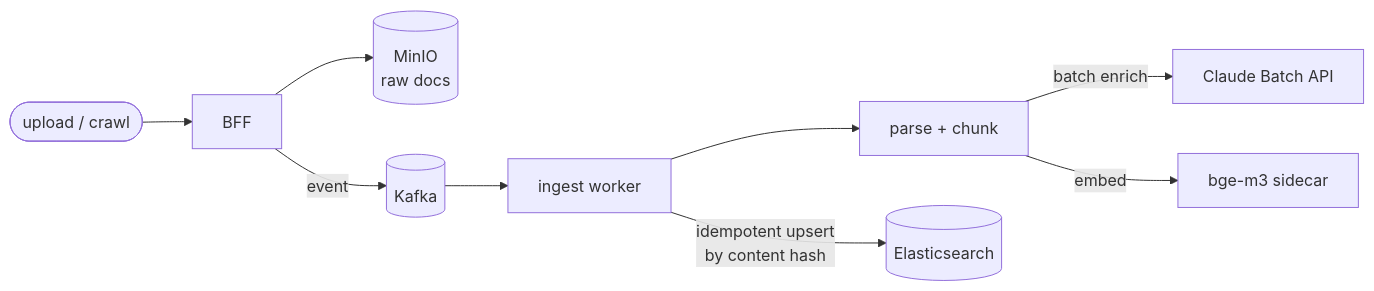
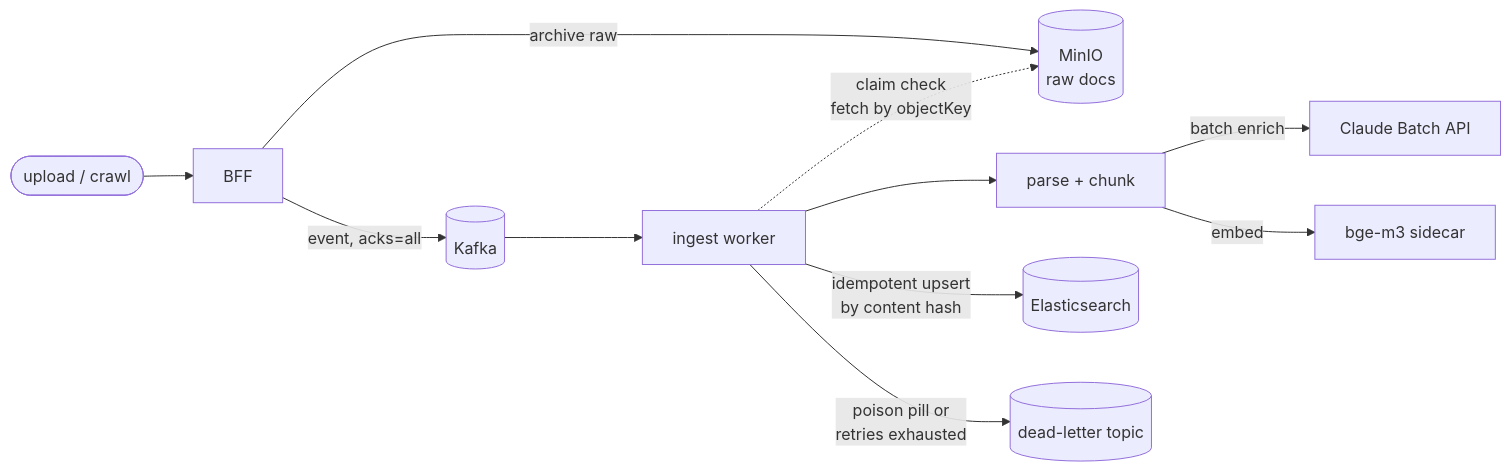
One commit to jinwovo/recall changed the second of 2 diagrams in docs/ARCHITECTURE.md. Above: the diagram before and after it, drawn with Mermaid. The commit also changed other lines of this file and 18 other files, not shown here.

First line of the commit message:
feat(ingestion): reliability — retry/backoff + DLQ + MinIO claim-check archive (ADR-0005)

````diff
--- a/docs/ARCHITECTURE.md
+++ b/docs/ARCHITECTURE.md
@@ -46,11 +46,13 @@
 ```mermaid
 flowchart LR
     U([upload / crawl]) --> BFF[BFF]
-    BFF --> MINIO[(MinIO<br/>raw docs)]
-    BFF -->|event| K[(Kafka)]
+    BFF -->|archive raw| MINIO[(MinIO<br/>raw docs)]
+    BFF -->|event, acks=all| K[(Kafka)]
     K --> W[ingest worker]
+    W -.claim check<br/>fetch by objectKey.-> MINIO
     W --> C[parse + chunk]
     C -->|batch enrich| B[Claude Batch API]
     C -->|embed| S[bge-m3 sidecar]
     W -->|idempotent upsert<br/>by content hash| ES[(Elasticsearch)]
+    W -->|poison pill or<br/>retries exhausted| DLQ[(dead-letter topic)]
 ```
````
